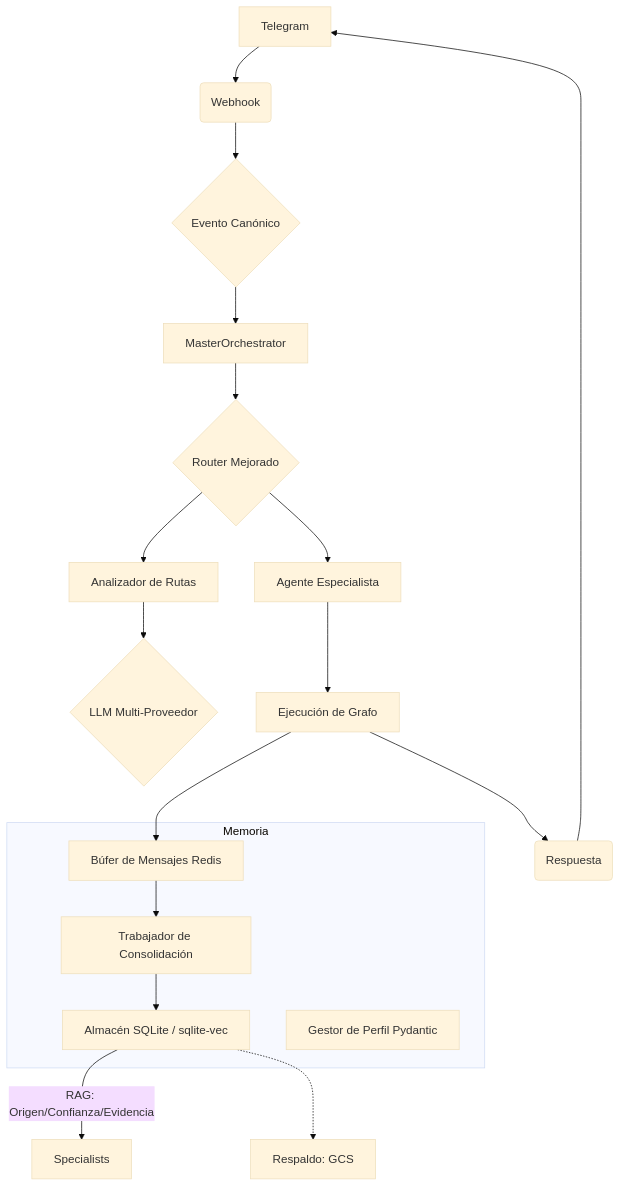
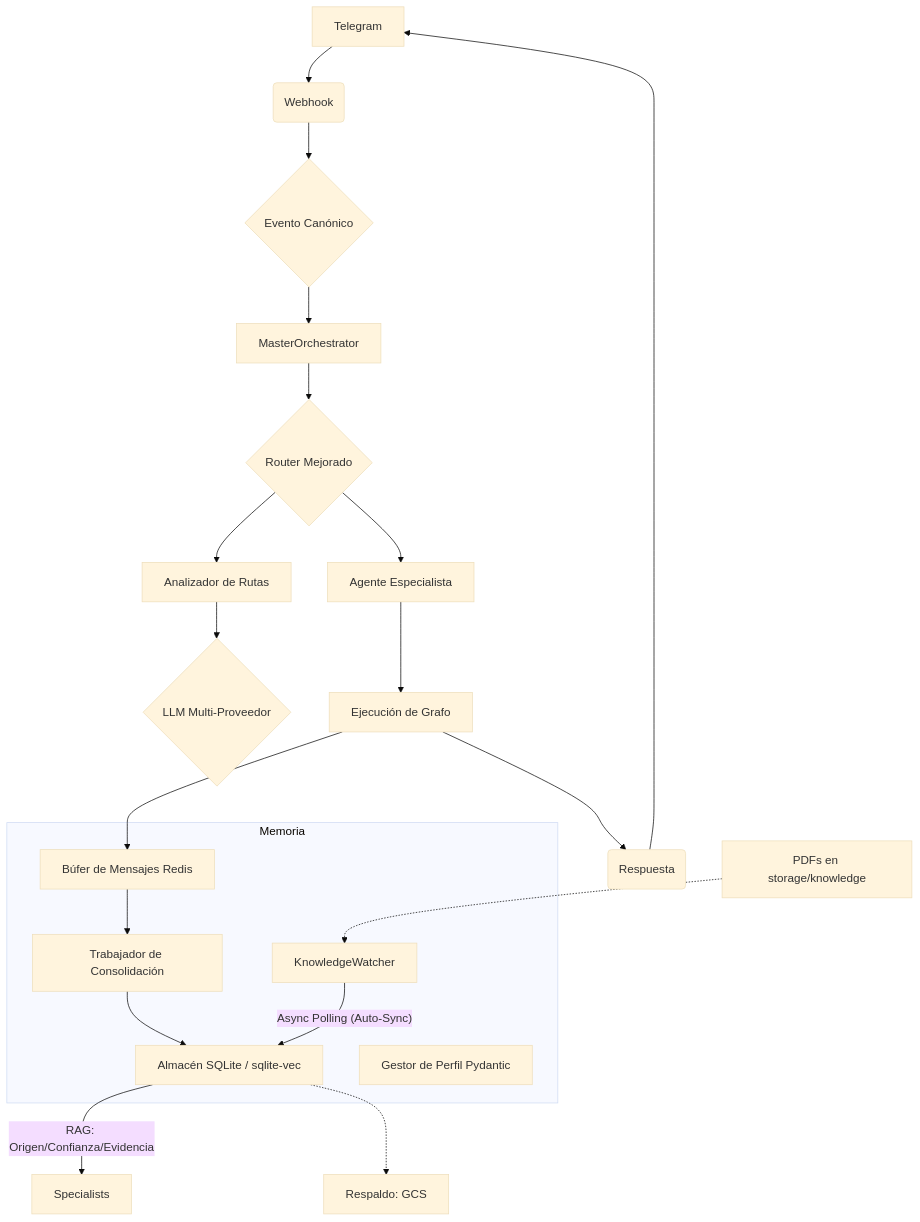
The diagram in PROJECT_OVERVIEW.md (JhomC3/AEGEN), drawn with Mermaid (base theme) before and after one commit. The commit also changed other lines of this file and 5 other files, not shown here.

Commit message:
docs: update architecture, plans and guides for KnowledgeWatcher

````diff
--- a/PROJECT_OVERVIEW.md
+++ b/PROJECT_OVERVIEW.md
@@ -51,25 +51,29 @@
 ```mermaid
 graph TD
     A[Telegram] --> B(Webhook);
     B --> C{Evento Canónico};
     C --> D[MasterOrchestrator];
     D --> E{Router Mejorado};
     E --> F[Analizador de Rutas];
     F --> G{LLM Multi-Proveedor};
     E --> H[Agente Especialista];
     H --> I[Ejecución de Grafo];
     I --> J[Búfer de Mensajes Redis];
     J --> K[Trabajador de Consolidación];
     K --> L[Almacén SQLite / sqlite-vec];
     L -- "RAG: Origen/Confianza/Evidencia" --> Specialists;
     L -.-> M[Respaldo: GCS];
     I --> N(Respuesta);
     N --> A;
 
+    Z[PDFs en storage/knowledge] -.-> Y[KnowledgeWatcher];
+    Y -- "Async Polling (Auto-Sync)" --> L;
+
     subgraph Memoria
         J
         K
         L
         O[Gestor de Perfil Pydantic]
+        Y
     end
 ```
````
